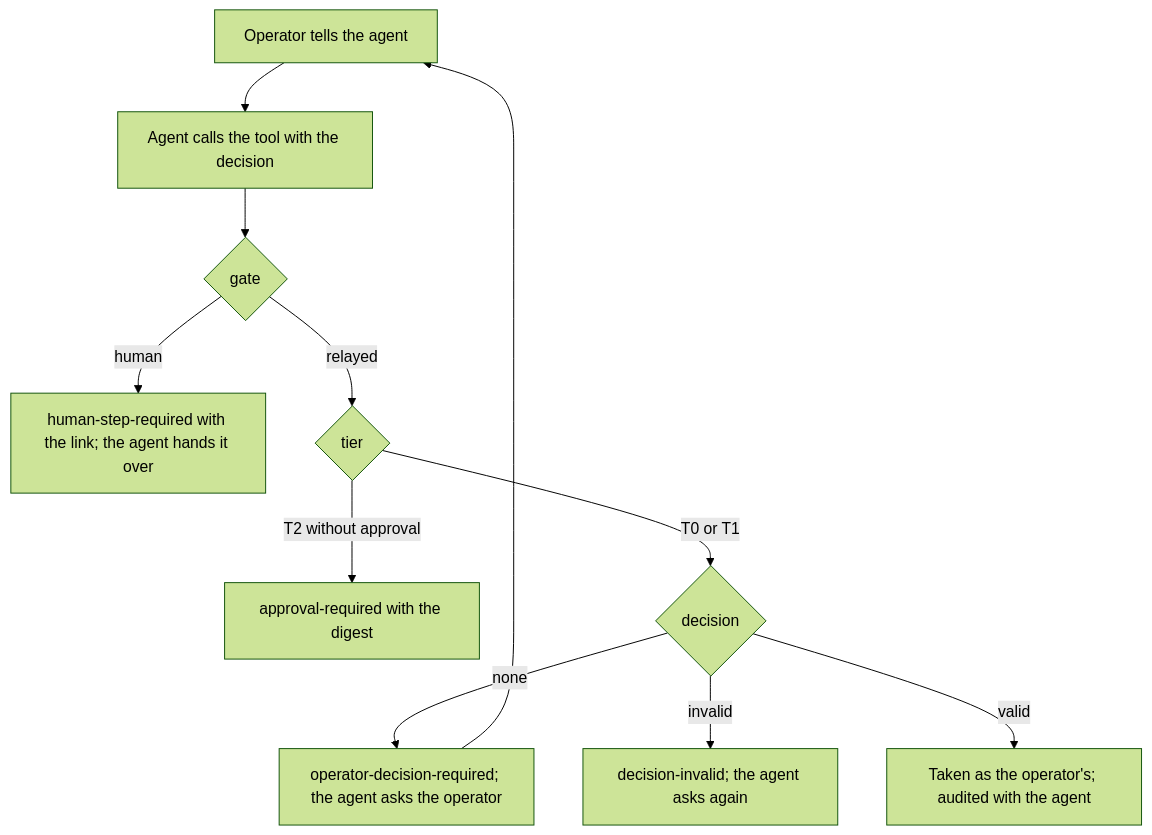
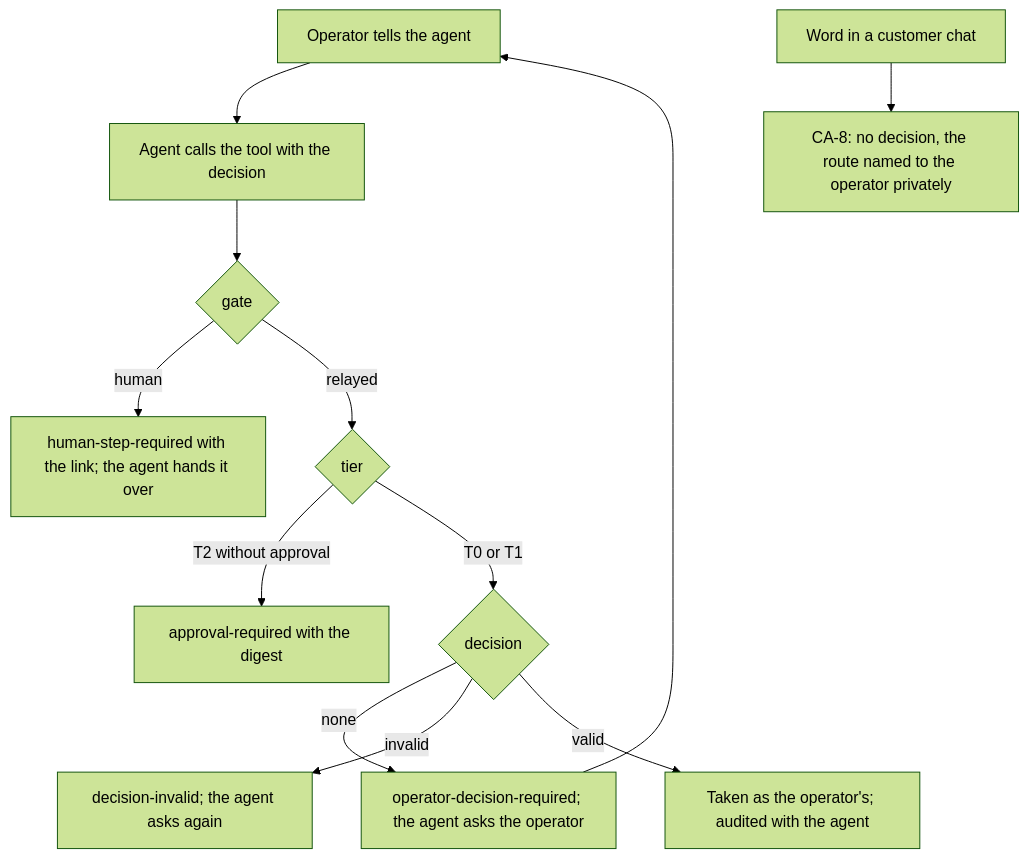
Diagram 29 of 34 in docs/ux/flows.md (passioncode-ai/fabric-agent-contract), drawn with Mermaid (forest theme) before and after one commit. The commit also changed other lines of this file and 3 other files, not shown here.

````diff
--- a/docs/ux/flows.md
+++ b/docs/ux/flows.md
@@ -745,13 +745,14 @@
 ```mermaid
 flowchart TD
   O[Operator tells the agent] --> C[Agent calls the tool with the decision]
   C --> G{gate}
   G -->|human| H[human-step-required with the link; the agent hands it over]
   G -->|relayed| T{tier}
   T -->|T2 without approval| A[approval-required with the digest]
   T -->|T0 or T1| D{decision}
   D -->|none| Q[operator-decision-required; the agent asks the operator]
   Q --> O
   D -->|invalid| I[decision-invalid; the agent asks again]
   D -->|valid| R[Taken as the operator's; audited with the agent]
+  W[Word in a customer chat] --> K[CA-8: no decision, the route named to the operator privately]
 ```
````
